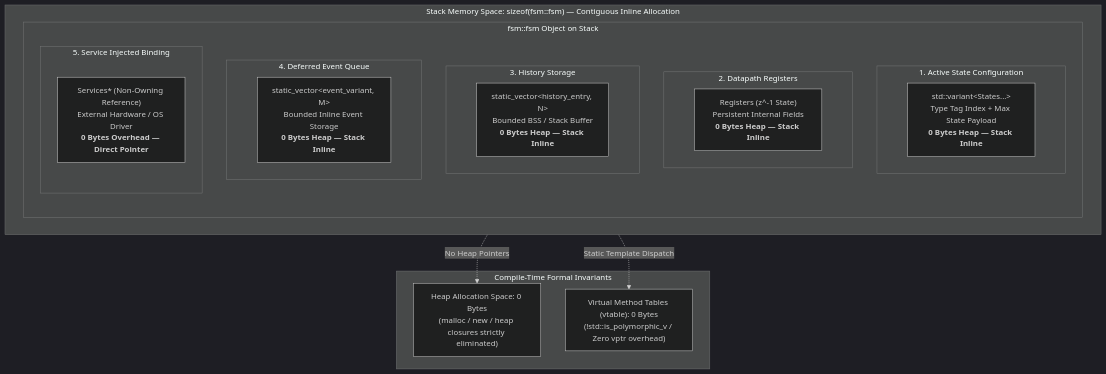
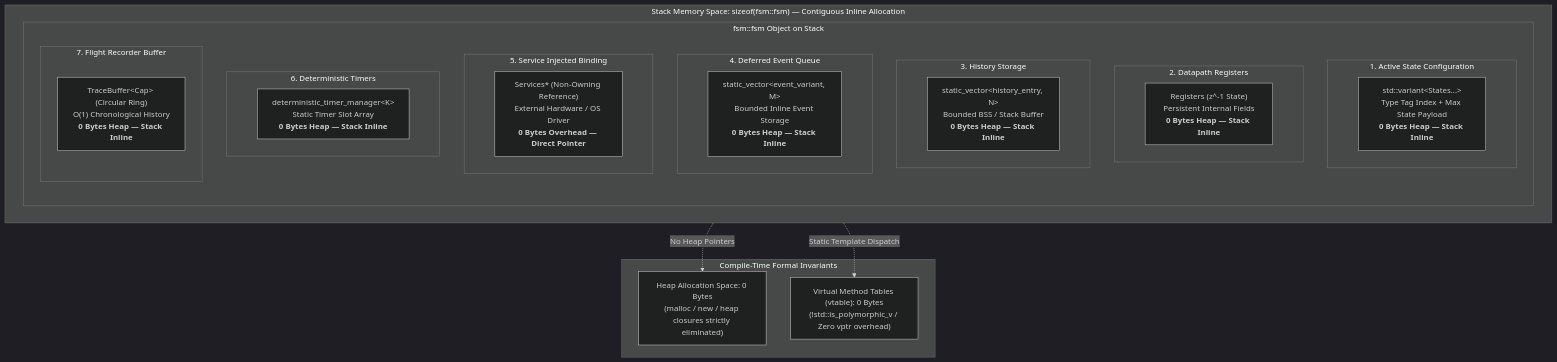
One commit to simoneCavalleri/fsmc changed the diagram in docs/runtime_api/memory_and_realtime.md. Above: the diagram before and after it, drawn with Mermaid (dark theme). The commit also changed other lines of this file and 23 other files, not shown here.

````diff
--- a/docs/runtime_api/memory_and_realtime.md
+++ b/docs/runtime_api/memory_and_realtime.md
@@ -13,32 +13,38 @@
 ```mermaid
 flowchart TD
     subgraph StackSpace["Stack Memory Space: sizeof(fsm::fsm) — Contiguous Inline Allocation"]
         direction LR
         subgraph FSM["fsm::fsm Object on Stack"]
             direction TB
             subgraph F1["1. Active State Configuration"]
                 V["std::variant&lt;States...&gt;<br/>Type Tag Index + Max State Payload<br/><b>0 Bytes Heap — Stack Inline</b>"]
             end
             subgraph F2["2. Datapath Registers"]
                 R["Registers (z^-1 State)<br/>Persistent Internal Fields<br/><b>0 Bytes Heap — Stack Inline</b>"]
             end
             subgraph F3["3. History Storage"]
                 H["static_vector&lt;history_entry, N&gt;<br/>Bounded BSS / Stack Buffer<br/><b>0 Bytes Heap — Stack Inline</b>"]
             end
             subgraph F4["4. Deferred Event Queue"]
                 D["static_vector&lt;event_variant, M&gt;<br/>Bounded Inline Event Storage<br/><b>0 Bytes Heap — Stack Inline</b>"]
             end
             subgraph F5["5. Service Injected Binding"]
                 P["Services* (Non-Owning Reference)<br/>External Hardware / OS Driver<br/><b>0 Bytes Overhead — Direct Pointer</b>"]
             end
+            subgraph F6["6. Deterministic Timers"]
+                T["deterministic_timer_manager&lt;K&gt;<br/>Static Timer Slot Array<br/><b>0 Bytes Heap — Stack Inline</b>"]
+            end
+            subgraph F7["7. Flight Recorder Buffer"]
+                TR["TraceBuffer&lt;Cap&gt; (Circular Ring)<br/>O(1) Chronological History<br/><b>0 Bytes Heap — Stack Inline</b>"]
+            end
         end
     end
 
     subgraph Boundaries["Compile-Time Formal Invariants"]
         Heap["Heap Allocation Space: 0 Bytes<br/>(malloc / new / heap closures strictly eliminated)"]
         VTable["Virtual Method Tables (vtable): 0 Bytes<br/>(!std::is_polymorphic_v / Zero vptr overhead)"]
     end
 
     FSM -.->|No Heap Pointers| Heap
     FSM -.->|Static Template Dispatch| VTable
 ```
````
